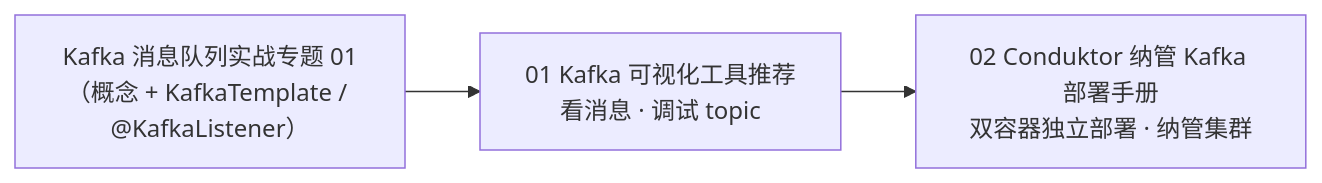
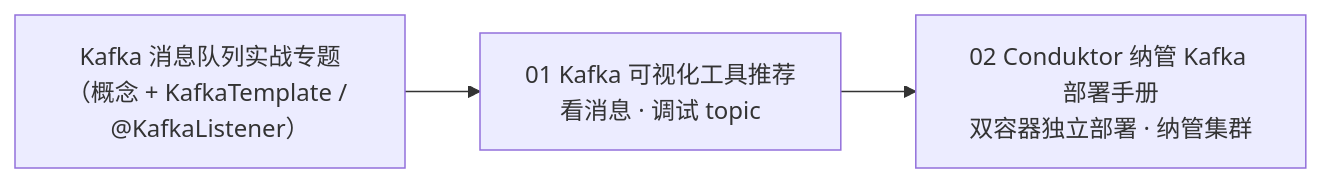
Before and after one commit to UranusGit/java-agent-learn: the diagram in docs/附录/Kafka工具与运维专题/README.md, drawn with Mermaid. The commit also changed other lines of this file and 184 other files, not shown here.

````diff
--- a/docs/附录/Kafka工具与运维专题/README.md
+++ b/docs/附录/Kafka工具与运维专题/README.md
@@ -12,5 +12,5 @@
 ```mermaid
 flowchart LR
-    PRE["Kafka 消息队列实战专题 01<br/>（概念 + KafkaTemplate / @KafkaListener）"] --> T01["01 Kafka 可视化工具推荐<br/>看消息 · 调试 topic"]
+    PRE["Kafka 消息队列实战专题<br/>（概念 + KafkaTemplate / @KafkaListener）"] --> T01["01 Kafka 可视化工具推荐<br/>看消息 · 调试 topic"]
     T01 --> T02["02 Conduktor 纳管 Kafka 部署手册<br/>双容器独立部署 · 纳管集群"]
 ```
````
